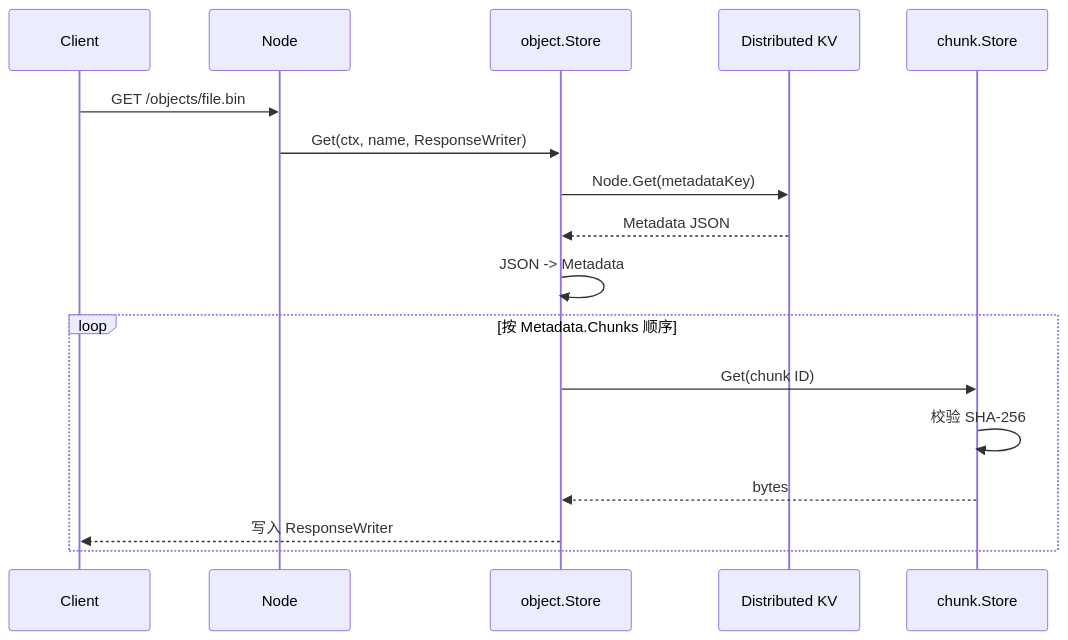
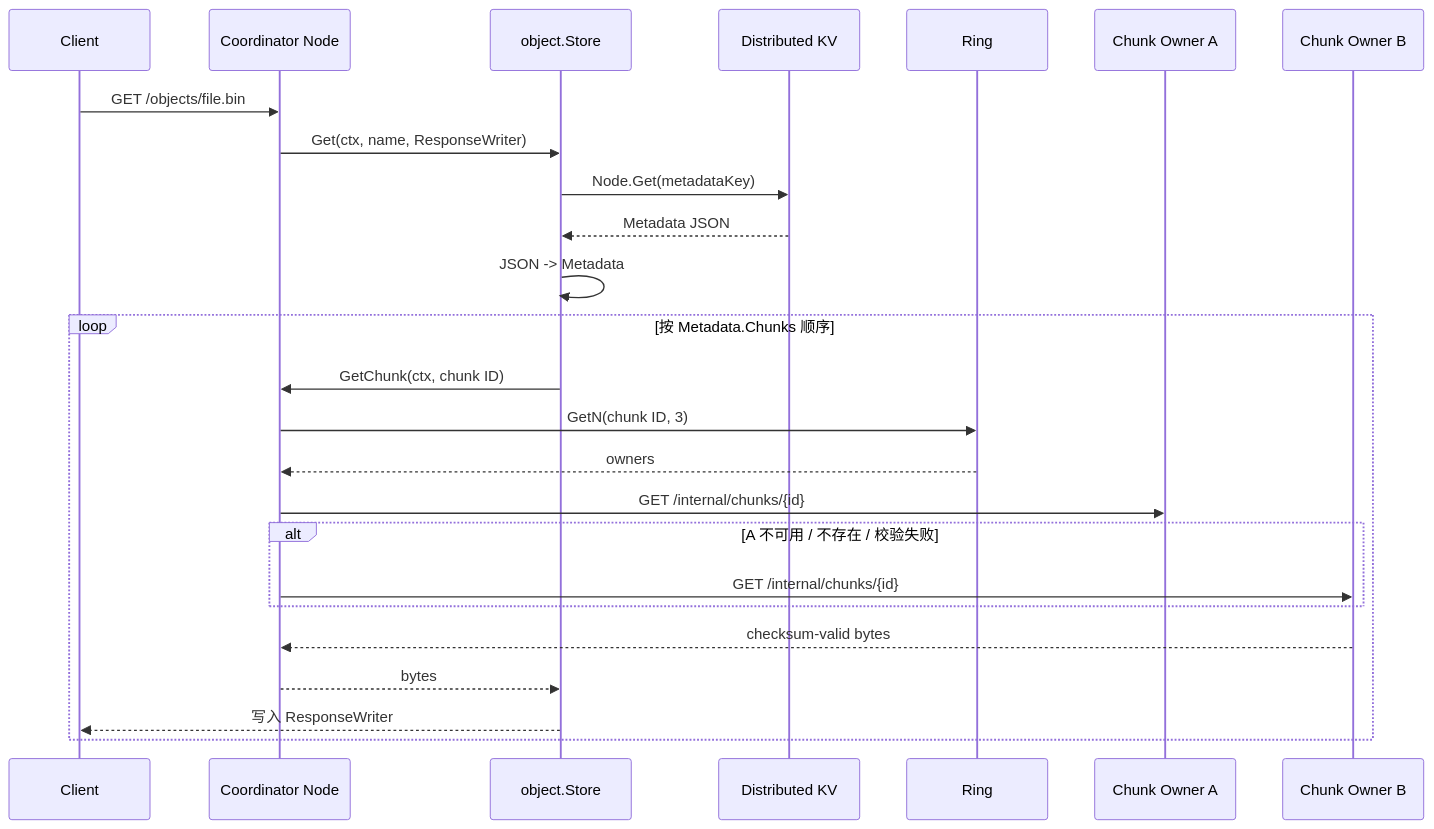
One commit to huanzichen00/minidist changed the sixth of 9 diagrams in ARCHITECTURE.md. Above: the diagram before and after it, drawn with Mermaid. The commit also changed other lines of this file, not shown here.

````diff
--- a/ARCHITECTURE.md
+++ b/ARCHITECTURE.md
@@ -335,21 +392,29 @@
 ```mermaid
 sequenceDiagram
     participant C as Client
-    participant N as Node
+    participant N as Coordinator Node
     participant O as object.Store
     participant KV as Distributed KV
-    participant CH as chunk.Store
+    participant R as Ring
+    participant A as Chunk Owner A
+    participant B as Chunk Owner B
 
     C->>N: GET /objects/file.bin
     N->>O: Get(ctx, name, ResponseWriter)
     O->>KV: Node.Get(metadataKey)
     KV-->>O: Metadata JSON
     O->>O: JSON -> Metadata
 
     loop 按 Metadata.Chunks 顺序
-        O->>CH: Get(chunk ID)
-        CH->>CH: 校验 SHA-256
-        CH-->>O: bytes
+        O->>N: GetChunk(ctx, chunk ID)
+        N->>R: GetN(chunk ID, 3)
+        R-->>N: owners
+        N->>A: GET /internal/chunks/{id}
+        alt A 不可用 / 不存在 / 校验失败
+            N->>B: GET /internal/chunks/{id}
+        end
+        B-->>N: checksum-valid bytes
+        N-->>O: bytes
         O-->>C: 写入 ResponseWriter
     end
 ```
````
